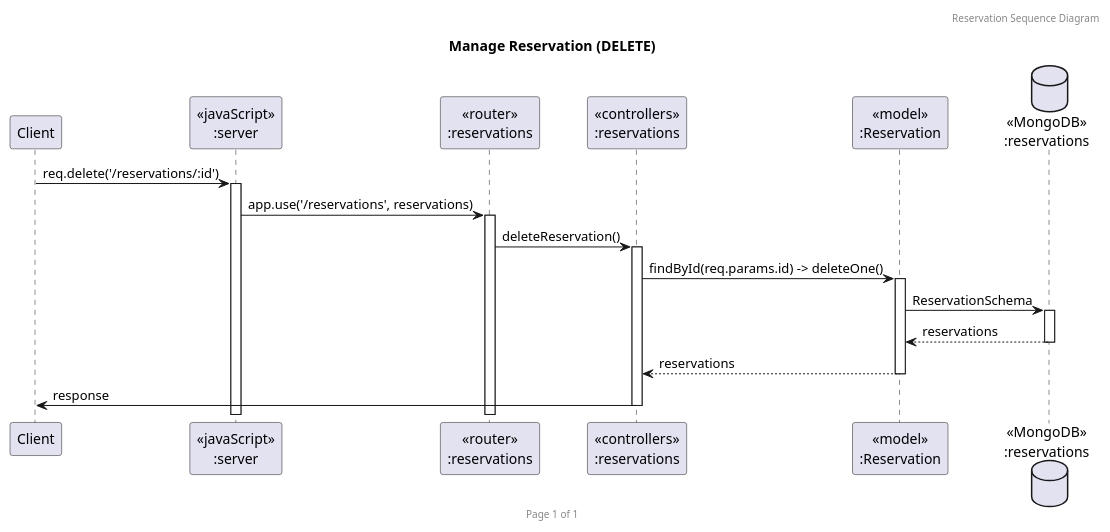
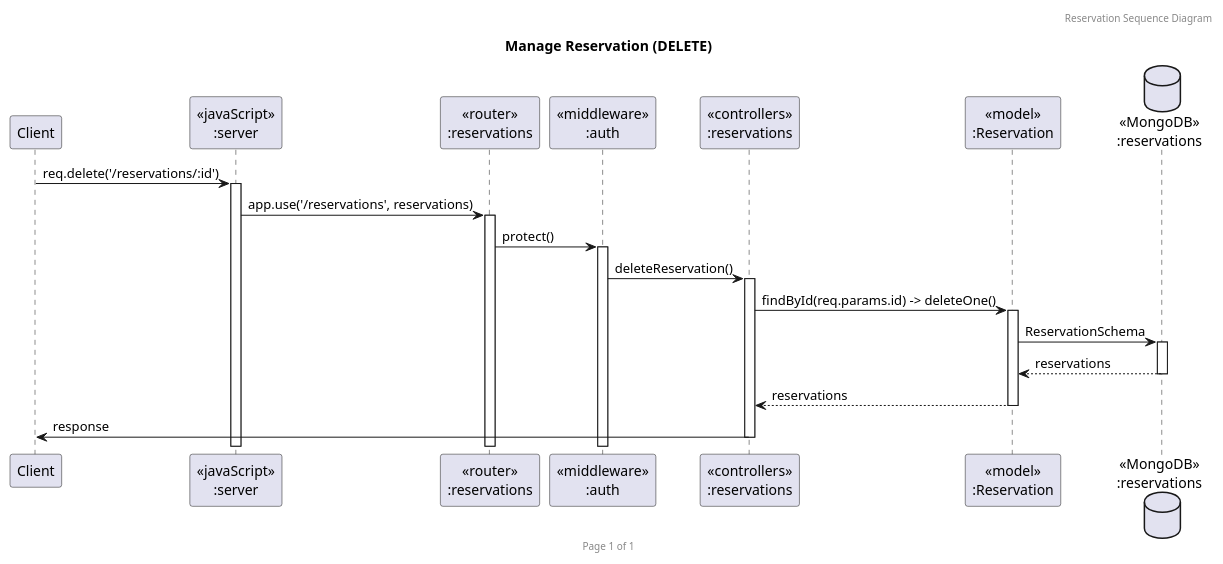
The diagram in DeleteRes.puml (2110503TACEDT66/presentation-day-1-organic-soi-ju), drawn with PlantUML before and after one commit. The commit also changed 3 other files, not shown here.

```diff
--- a/DeleteRes.puml
+++ b/DeleteRes.puml
@@ -1,23 +1,25 @@
 @startuml Manage Reservation (DELETE)
 
 header Reservation Sequence Diagram
 footer Page %page% of %lastpage%
 title "Manage Reservation (DELETE)"
 
 participant "Client" as client
 participant "<<javaScript>>\n:server" as server
 participant "<<router>>\n:reservations" as routerReservations
+participant "<<middleware>>\n:auth" as middleware
 participant "<<controllers>>\n:reservations" as controllersReservations
 participant "<<model>>\n:Reservation" as modelReservation
 database "<<MongoDB>>\n:reservations" as ReservationsDatabase
 
 client->server ++:req.delete('/reservations/:id')
 server->routerReservations ++:app.use('/reservations', reservations)
-routerReservations -> controllersReservations ++:deleteReservation()
+routerReservations -> middleware ++: protect()
+middleware -> controllersReservations ++:deleteReservation()
 controllersReservations -> modelReservation ++: findById(req.params.id) -> deleteOne()
 modelReservation ->ReservationsDatabase ++: ReservationSchema
 ReservationsDatabase --> modelReservation --: reservations
 controllersReservations <-- modelReservation --:reservations
 controllersReservations->client --:response
 
 @enduml
```
